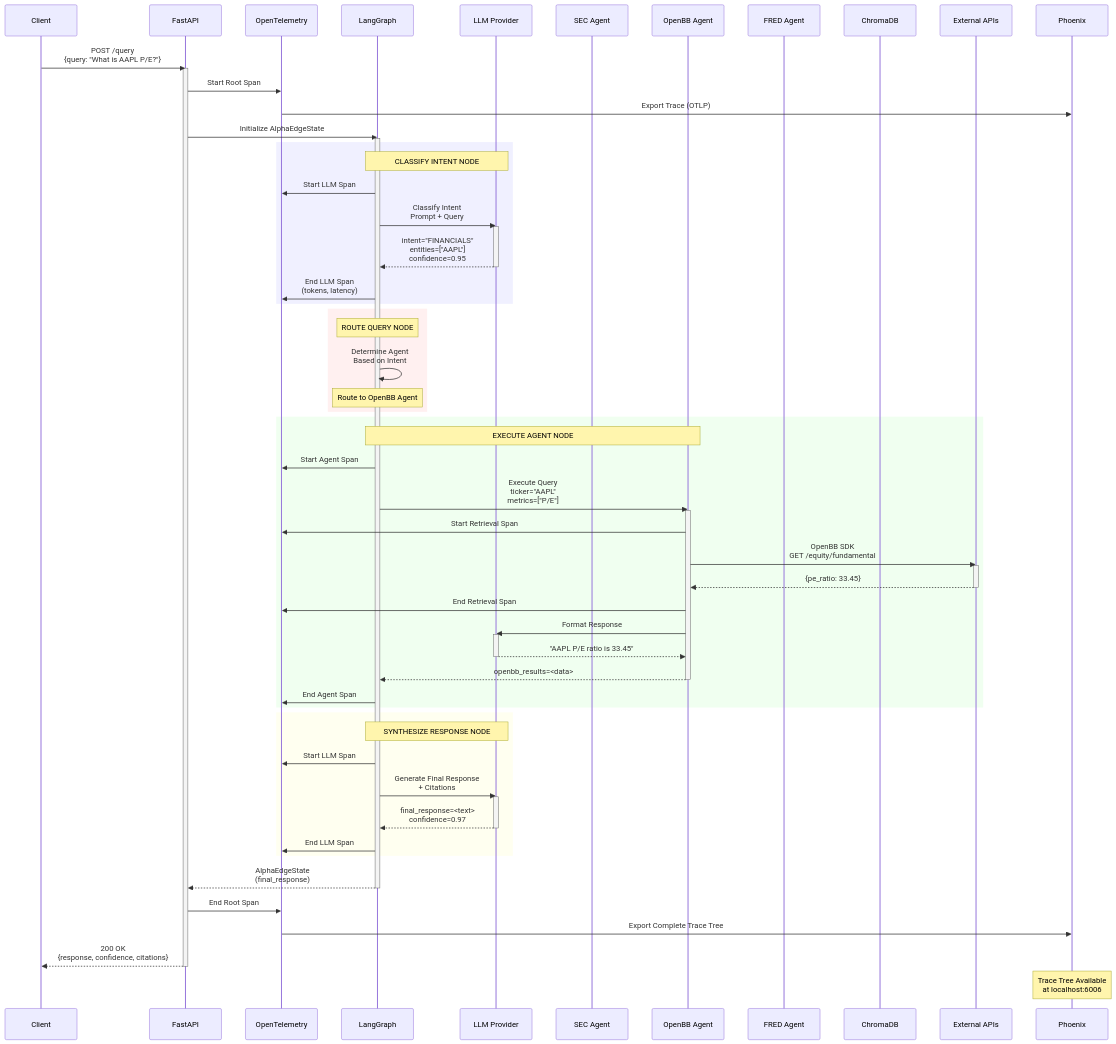
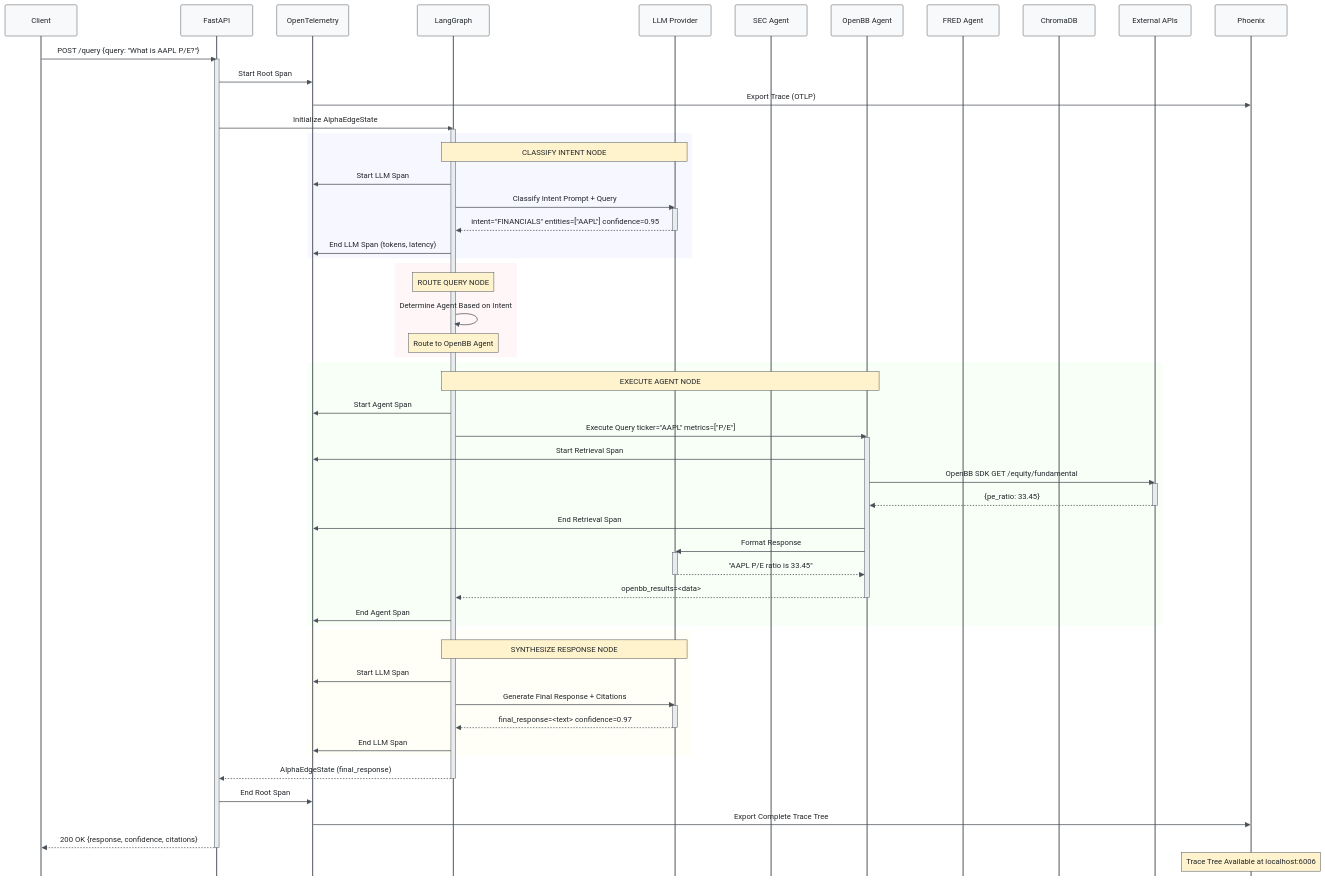
One commit to kaushikkumarkr/AlphaEdge changed the second of 3 diagrams in README.md. Above: the diagram before and after it, drawn with Mermaid. The commit also changed other lines of this file, not shown here.

````diff
--- a/README.md
+++ b/README.md
@@ -317,4 +276,5 @@
 ```mermaid
+%%{init: {'theme': 'base', 'themeVariables': {'primaryColor':'#f8f9fa', 'primaryTextColor':'#212529', 'primaryBorderColor':'#495057', 'lineColor':'#495057', 'background':'#ffffff', 'actorBkg':'#f8f9fa', 'actorBorder':'#495057', 'actorTextColor':'#212529', 'actorLineColor':'#495057', 'signalColor':'#495057', 'signalTextColor':'#212529', 'labelBoxBkgColor':'#f8f9fa', 'labelBoxBorderColor':'#495057', 'labelTextColor':'#212529', 'loopTextColor':'#212529', 'noteBorderColor':'#495057', 'noteBkgColor':'#fff3cd', 'noteTextColor':'#212529', 'activationBorderColor':'#495057', 'activationBkgColor':'#e9ecef', 'sequenceNumberColor':'#fff'}, 'sequence': {'mirrorActors': false}}}%%
 sequenceDiagram
     participant C as Client
     participant API as FastAPI
@@ -328,72 +288,72 @@
     participant EXT as External APIs
     participant PHX as Phoenix
 
-    C->>API: POST /query<br/>{query: "What is AAPL P/E?"}
+    C->>API: POST /query {query: "What is AAPL P/E?"}
     activate API
-    
+
     API->>OTEL: Start Root Span
     OTEL->>PHX: Export Trace (OTLP)
-    
+
     API->>LG: Initialize AlphaEdgeState
     activate LG
-    
-    rect rgb(240, 240, 255)
+
+    rect rgba(240, 240, 255, 0.5)
         Note over LG,LLM: CLASSIFY INTENT NODE
         LG->>OTEL: Start LLM Span
-        LG->>LLM: Classify Intent<br/>Prompt + Query
+        LG->>LLM: Classify Intent Prompt + Query
         activate LLM
-        LLM-->>LG: intent="FINANCIALS"<br/>entities=["AAPL"]<br/>confidence=0.95
+        LLM-->>LG: intent="FINANCIALS" entities=["AAPL"] confidence=0.95
         deactivate LLM
-        LG->>OTEL: End LLM Span<br/>(tokens, latency)
+        LG->>OTEL: End LLM Span (tokens, latency)
     end
-    
-    rect rgb(255, 240, 240)
+
+    rect rgba(255, 240, 240, 0.5)
         Note over LG: ROUTE QUERY NODE
-        LG->>LG: Determine Agent<br/>Based on Intent
+        LG->>LG: Determine Agent Based on Intent
         Note over LG: Route to OpenBB Agent
     end
-    
-    rect rgb(240, 255, 240)
+
+    rect rgba(240, 255, 240, 0.5)
         Note over LG,OBB: EXECUTE AGENT NODE
         LG->>OTEL: Start Agent Span
-        LG->>OBB: Execute Query<br/>ticker="AAPL"<br/>metrics=["P/E"]
+        LG->>OBB: Execute Query ticker="AAPL" metrics=["P/E"]
         activate OBB
-        
+
         OBB->>OTEL: Start Retrieval Span
-        OBB->>EXT: OpenBB SDK<br/>GET /equity/fundamental
+        OBB->>EXT: OpenBB SDK GET /equity/fundamental
         activate EXT
         EXT-->>OBB: {pe_ratio: 33.45}
         deactivate EXT
         OBB->>OTEL: End Retrieval Span
-        
+
         OBB->>LLM: Format Response
         activate LLM
         LLM-->>OBB: "AAPL P/E ratio is 33.45"
         deactivate LLM
-        
+
         OBB-->>LG: openbb_results=<data>
         deactivate OBB
         LG->>OTEL: End Agent Span
     end
-    
-    rect rgb(255, 255, 240)
+
+    rect rgba(255, 255, 240, 0.5)
         Note over LG,LLM: SYNTHESIZE RESPONSE NODE
         LG->>OTEL: Start LLM Span
-        LG->>LLM: Generate Final Response<br/>+ Citations
+        LG->>LLM: Generate Final Response + Citations
         activate LLM
-        LLM-->>LG: final_response=<text><br/>confidence=0.97
+        LLM-->>LG: final_response=<text> confidence=0.97
         deactivate LLM
         LG->>OTEL: End LLM Span
     end
-    
-    LG-->>API: AlphaEdgeState<br/>(final_response)
+
+    LG-->>API: AlphaEdgeState (final_response)
     deactivate LG
-    
+
     API->>OTEL: End Root Span
     OTEL->>PHX: Export Complete Trace Tree
-    
-    API-->>C: 200 OK<br/>{response, confidence, citations}
+
+    API-->>C: 200 OK {response, confidence, citations}
     deactivate API
-    
-    Note over PHX: Trace Tree Available<br/>at localhost:6006
+
+    Note over PHX: Trace Tree Available at localhost:6006
 ```
````
